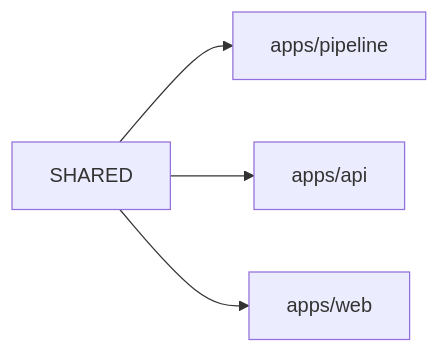
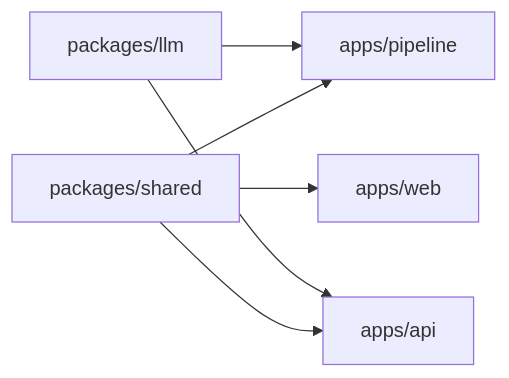
The diagram in docs/code-architecture.md (jon890/devloop-v2), drawn with Mermaid before and after one commit. The commit also changed other lines of this file and 4 other files, not shown here.

````diff
--- a/docs/code-architecture.md
+++ b/docs/code-architecture.md
@@ -52,6 +53,8 @@
 ```mermaid
 flowchart LR
-    SHARED --> PIPE["apps/pipeline"]
+    SHARED["packages/shared"] --> PIPE["apps/pipeline"]
     SHARED --> API["apps/api"]
     SHARED --> WEB["apps/web"]
+    LLM["packages/llm"] --> PIPE
+    LLM --> API
 ```
````
